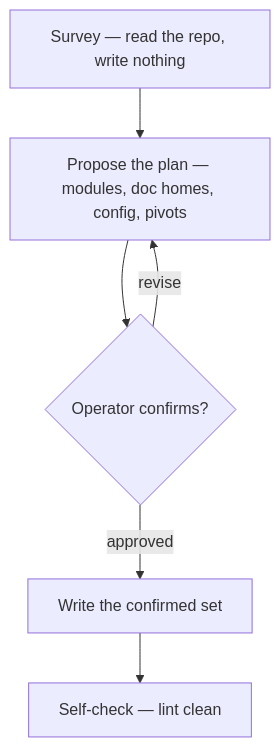
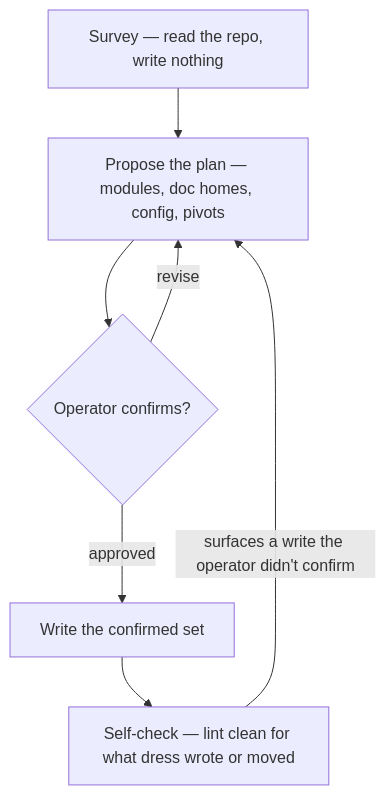
One commit to ZPerrin/loom changed the diagram in skills/dress/SKILL.md. Above: the diagram before and after it, drawn with Mermaid. The commit also changed other lines of this file and 2 other files, not shown here.

Commit message:
minor refinements to dress + a doc-stamp script

````diff
--- a/skills/dress/SKILL.md
+++ b/skills/dress/SKILL.md
@@ -12,8 +12,9 @@
 ```mermaid
 flowchart TD
     survey["Survey — read the repo, write nothing"] --> propose["Propose the plan — modules, doc homes, config, pivots"]
     propose --> gate{"Operator confirms?"}
     gate -->|revise| propose
     gate -->|approved| write["Write the confirmed set"]
-    write --> check["Self-check — lint clean"]
+    write --> check["Self-check — lint clean for what dress wrote or moved"]
+    check -->|"surfaces a write the operator didn't confirm"| propose
 ```
````
